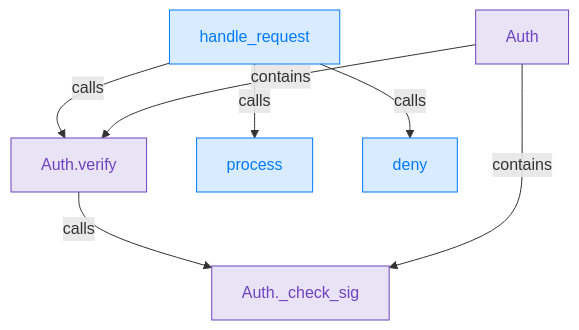
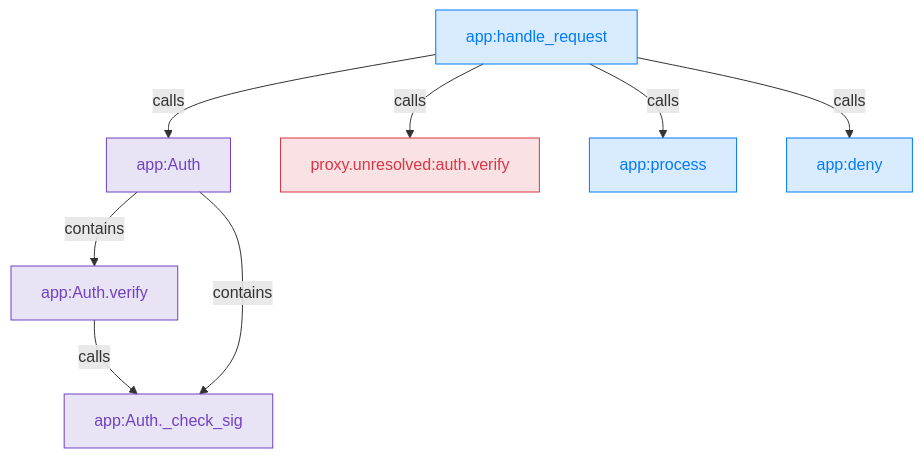
The second of 2 diagrams in README.md (tektite-io/trailmark), drawn with Mermaid before and after one commit. The commit also changed other lines of this file and 39 other files, not shown here.

````diff
--- a/README.md
+++ b/README.md
@@ -389,15 +166,18 @@
 ```mermaid
 graph TD
-    HR["handle_request"] -->|calls| AV["Auth.verify"]
-    HR -->|calls| P["process"]
-    HR -->|calls| D["deny"]
-    AV -->|calls| CS["Auth._check_sig"]
-    A["Auth"] -->|contains| AV
+    HR["app:handle_request"] -->|calls| A["app:Auth"]
+    HR -->|calls| PV["proxy.unresolved:auth.verify"]
+    HR -->|calls| P["app:process"]
+    HR -->|calls| D["app:deny"]
+    AV["app:Auth.verify"] -->|calls| CS["app:Auth._check_sig"]
+    A -->|contains| AV
     A -->|contains| CS
 
     classDef fn fill:#007bff26,stroke:#007bff,color:#007bff
     classDef cls fill:#6f42c126,stroke:#6f42c1,color:#6f42c1
+    classDef proxy fill:#dc354526,stroke:#dc3545,color:#dc3545
 
     class HR,P,D fn
     class A,AV,CS cls
+    class PV proxy
 ```
````
